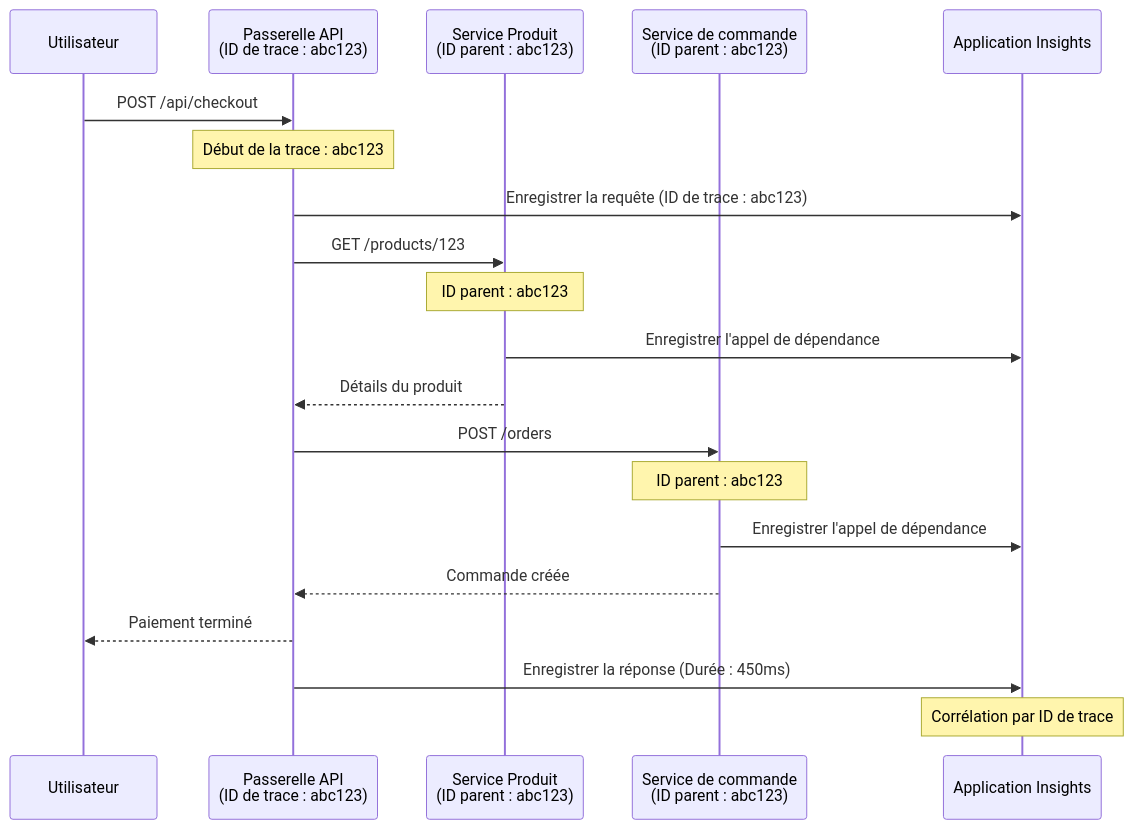
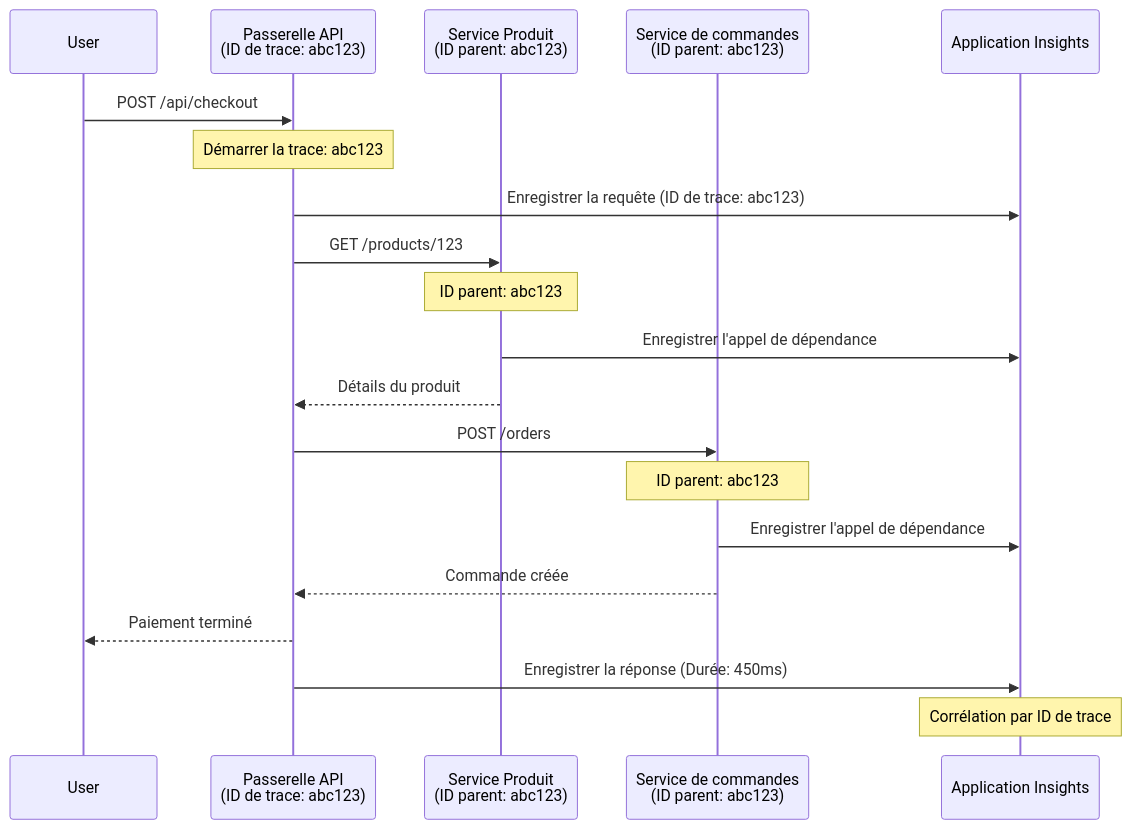
The second of 2 diagrams in translations/fr/docs/chapter-06-pre-deployment/application-insights.md (microsoft/AZD-for-beginners), drawn with Mermaid before and after one commit. The commit also changed other lines of this file and 101 other files, not shown here.

````diff
--- a/translations/fr/docs/chapter-06-pre-deployment/application-insights.md
+++ b/translations/fr/docs/chapter-06-pre-deployment/application-insights.md
@@ -744,27 +744,27 @@
 ```mermaid
 sequenceDiagram
-    participant User as Utilisateur
-    participant Gateway as Passerelle API<br/>(ID de trace : abc123)
-    participant Product as Service Produit<br/>(ID parent : abc123)
-    participant Order as Service de commande<br/>(ID parent : abc123)
+    participant User
+    participant Gateway as Passerelle API<br/>(ID de trace: abc123)
+    participant Product as Service Produit<br/>(ID parent: abc123)
+    participant Order as Service de commandes<br/>(ID parent: abc123)
     participant AppInsights as Application Insights
     
     User->>Gateway: POST /api/checkout
-    Note over Gateway: Début de la trace : abc123
-    Gateway->>AppInsights: Enregistrer la requête (ID de trace : abc123)
+    Note over Gateway: Démarrer la trace: abc123
+    Gateway->>AppInsights: Enregistrer la requête (ID de trace: abc123)
     
     Gateway->>Product: GET /products/123
-    Note over Product: ID parent : abc123
+    Note over Product: ID parent: abc123
     Product->>AppInsights: Enregistrer l'appel de dépendance
     Product-->>Gateway: Détails du produit
     
     Gateway->>Order: POST /orders
-    Note over Order: ID parent : abc123
+    Note over Order: ID parent: abc123
     Order->>AppInsights: Enregistrer l'appel de dépendance
     Order-->>Gateway: Commande créée
     
     Gateway-->>User: Paiement terminé
-    Gateway->>AppInsights: Enregistrer la réponse (Durée : 450ms)
+    Gateway->>AppInsights: Enregistrer la réponse (Durée: 450ms)
     
     Note over AppInsights: Corrélation par ID de trace
 ```
````
